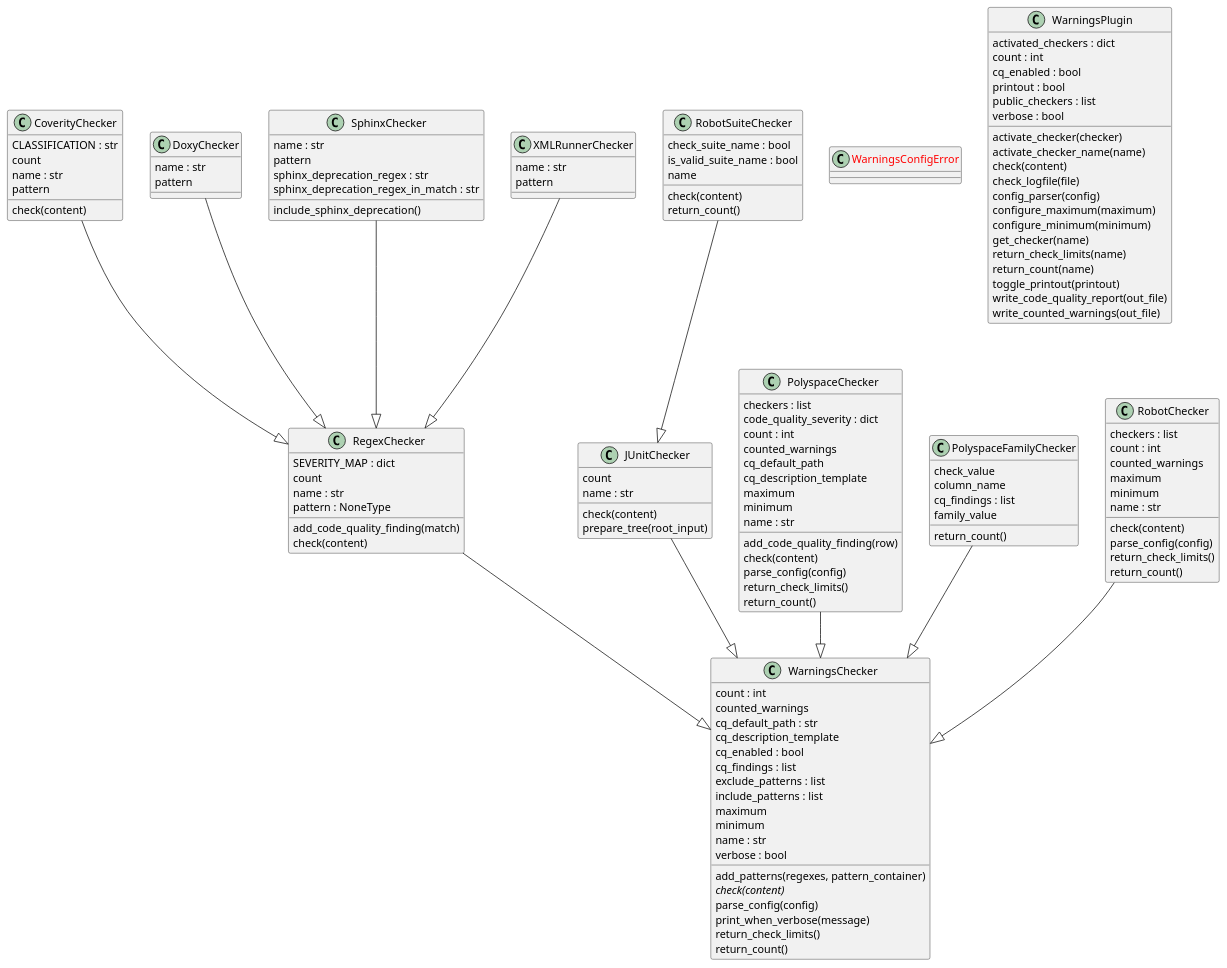
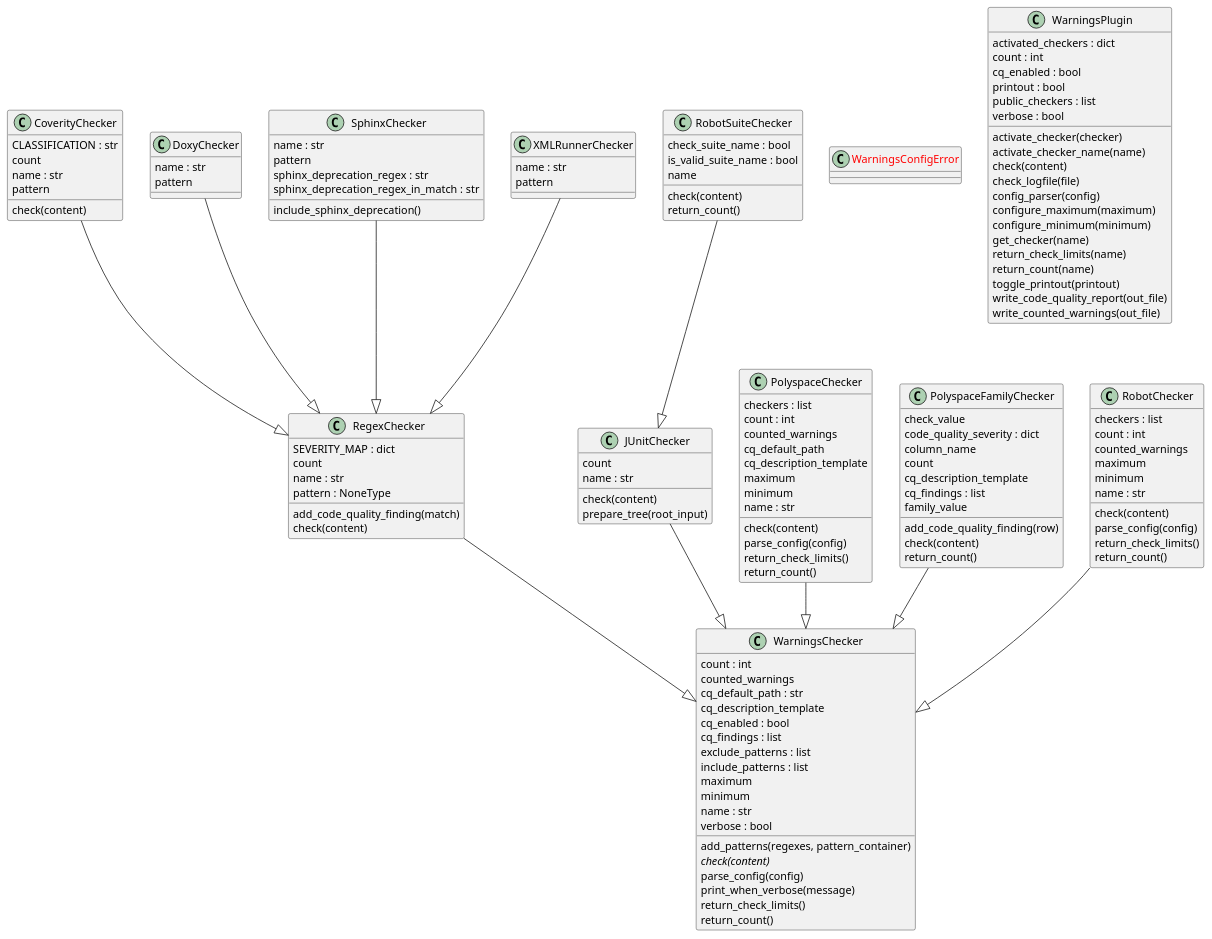
Before and after one commit to melexis/warnings-plugin: the diagram in docs/design.rst, drawn with PlantUML. The commit also changed other lines of this file, not shown here.

Commit message:
Update class diagram

```diff
--- a/docs/design.rst
+++ b/docs/design.rst
@@ -34,7 +34,6 @@
     }
     class "PolyspaceChecker" as mlx.warnings.polyspace_checker.PolyspaceChecker {
       checkers : list
-      code_quality_severity : dict
       count : int
       counted_warnings
       cq_default_path
@@ -42,7 +41,6 @@
       maximum
       minimum
       name : str
-      add_code_quality_finding(row)
       check(content)
       parse_config(config)
       return_check_limits()
@@ -50,9 +48,14 @@
     }
     class "PolyspaceFamilyChecker" as mlx.warnings.polyspace_checker.PolyspaceFamilyChecker {
       check_value
+      code_quality_severity : dict
       column_name
+      count
+      cq_description_template
       cq_findings : list
       family_value
+      add_code_quality_finding(row)
+      check(content)
       return_count()
     }
     class "RegexChecker" as mlx.warnings.regex_checker.RegexChecker {
```
